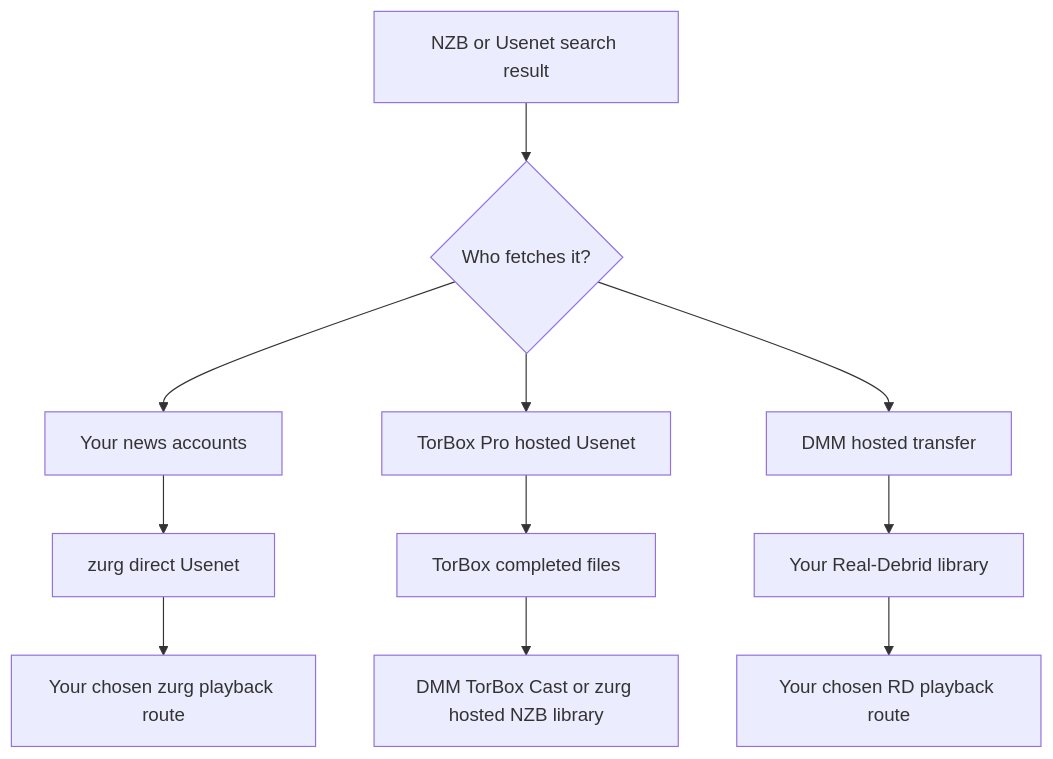
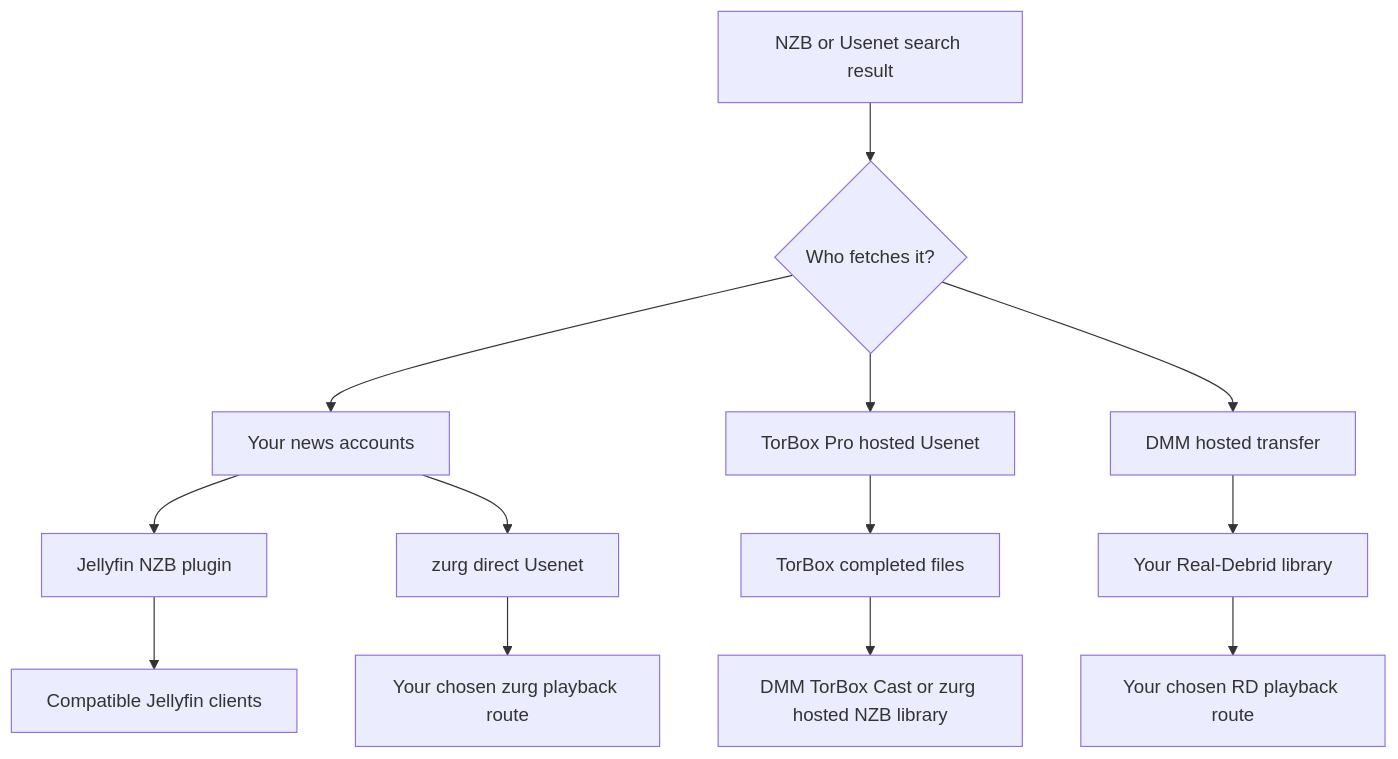
One commit to debridmediamanager/notes changed the third of 3 diagrams in guides/choose-your-setup.md. Above: the diagram before and after it, drawn with Mermaid. The commit also changed other lines of this file and 3 other files, not shown here.

````diff
--- a/guides/choose-your-setup.md
+++ b/guides/choose-your-setup.md
@@ -97,13 +112,15 @@
 ```mermaid
 flowchart TD
     N[NZB or Usenet search result] --> O{Who fetches it?}
     O --> A[Your news accounts]
+    A --> J[Jellyfin NZB plugin]
+    J --> F[Compatible Jellyfin clients]
     A --> Z[zurg direct Usenet]
     Z --> V[Your chosen zurg playback route]
     O --> T[TorBox Pro hosted Usenet]
     T --> B[TorBox completed files]
     B --> C[DMM TorBox Cast or zurg hosted NZB library]
     O --> D[DMM hosted transfer]
     D --> R[Your Real-Debrid library]
     R --> P[Your chosen RD playback route]
 ```
````
